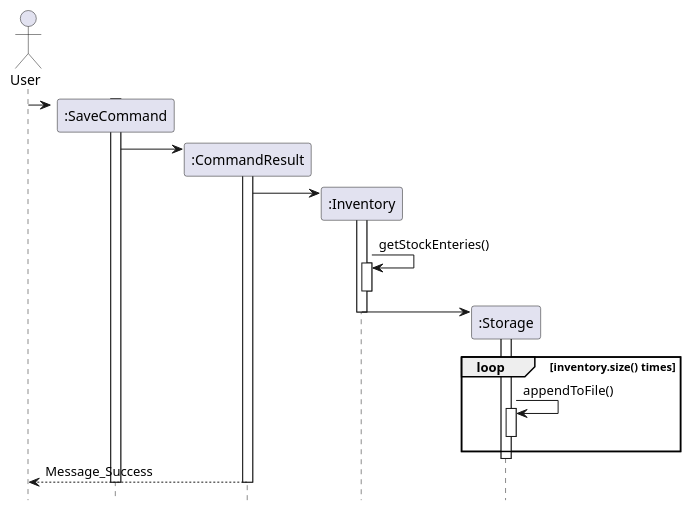
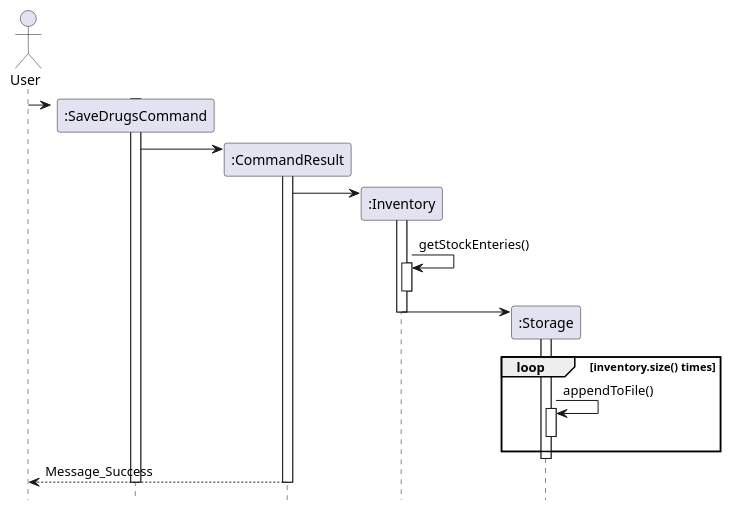
One commit to nus-cs2113-AY2324S1/tp changed the diagram in docs/UML Diagrams/SaveCommandDiagram.puml. Above: the diagram before and after it, drawn with PlantUML. The commit also changed 5 other files, not shown here.

```diff
--- a/docs/UML Diagrams/SaveCommandDiagram.puml
+++ b/docs/UML Diagrams/SaveCommandDiagram.puml
@@ -1,48 +1,48 @@
 @startuml
 'https://plantuml.com/sequence-diagram
 
 hide footbox
 actor User
-Participant ":SaveCommand" as SaveCommand
+Participant ":SaveDrugsCommand" as SaveCommand
 Participant ":CommandResult" as CommandResult
 Participant ":Inventory" as inventory
 Participant ":Storage" as storage
 
 
 Create SaveCommand
 activate SaveCommand
 User -> SaveCommand
 
 
 Create CommandResult
 
 SaveCommand -> CommandResult
 activate CommandResult
 
 Create inventory
 CommandResult -> inventory
 activate inventory
 inventory -> inventory : getStockEnteries()
 activate inventory
 deactivate inventory
 
 
 Create storage
 inventory -> storage
 activate storage
 deactivate inventory
 
 loop inventory.size() times
 
 storage -> storage :appendToFile()
 activate storage
 deactivate storage
 end
 deactivate storage
 
 CommandResult --> User: Message_Success
 deactivate CommandResult
 deactivate SaveCommand
 
 
 @enduml
```
